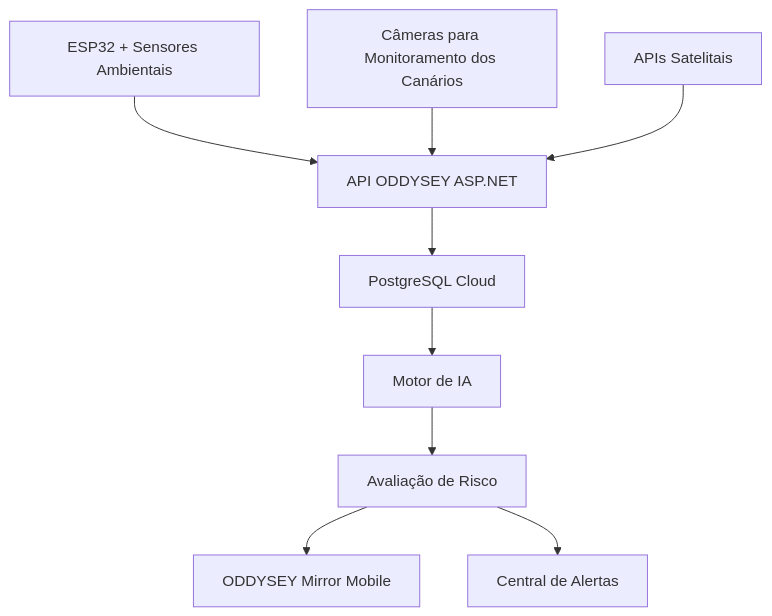
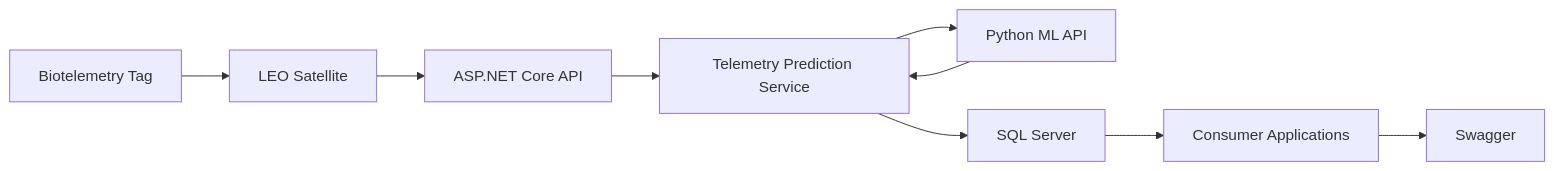
The first of 4 diagrams in README.md (MuriloCngp/Projeto8-1ESPG), drawn with Mermaid before and after one commit. The commit also changed other lines of this file, not shown here.

````diff
--- a/README.md
+++ b/README.md
@@ -77,25 +102,20 @@
 ```mermaid
-flowchart TD
+flowchart LR
 
-A[ESP32 + Sensores Ambientais]
+A[Biotelemetry Tag]
+--> B[LEO Satellite]
 
-B[Câmeras para Monitoramento dos Canários]
+B --> C[ASP.NET Core API]
 
-A --> C[API ODDYSEY ASP.NET]
+C --> D[Telemetry Prediction Service]
 
-B --> C
+D --> E[Python ML API]
 
-D[APIs Satelitais]
+D --> F[SQL Server]
 
-D --> C
+E --> D
 
-C --> E[PostgreSQL Cloud]
+F --> G[Consumer Applications]
 
-E --> F[Motor de IA]
-
-F --> G[Avaliação de Risco]
-
-G --> H[ODDYSEY Mirror Mobile]
-
-G --> I[Central de Alertas]
+G --> H[Swagger]
 ```
````
